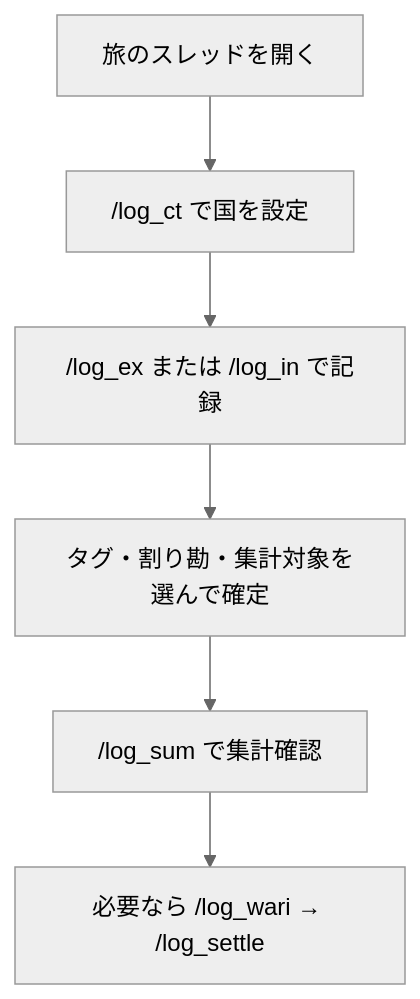
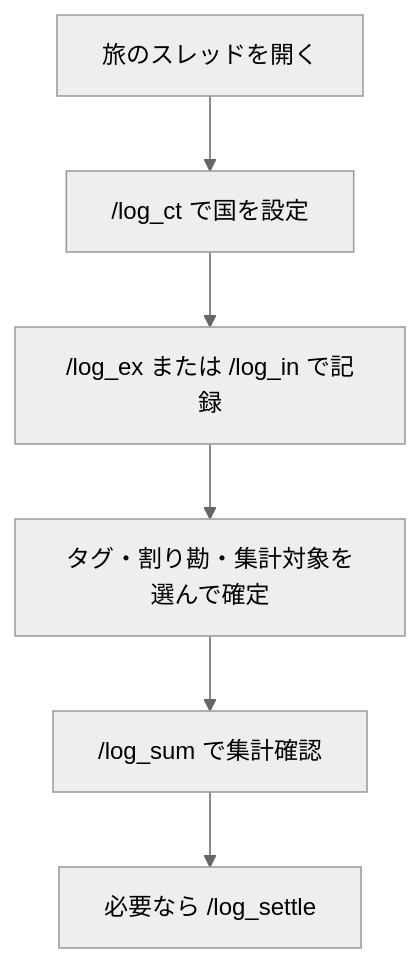
The diagram in docs/使い方.md (ruruharuru/tabilog-bot), drawn with Mermaid (neutral theme) before and after one commit. The commit also changed other lines of this file and 4 other files, not shown here.

````diff
--- a/docs/使い方.md
+++ b/docs/使い方.md
@@ -54,8 +56,8 @@
 ```mermaid
 flowchart TD
   A[旅のスレッドを開く] --> B["/log_ct で国を設定"]
   B --> C["/log_ex または /log_in で記録"]
   C --> D[タグ・割り勘・集計対象を選んで確定]
   D --> E["/log_sum で集計確認"]
-  E --> F["必要なら /log_wari → /log_settle"]
+  E --> F["必要なら /log_settle"]
 ```
````
